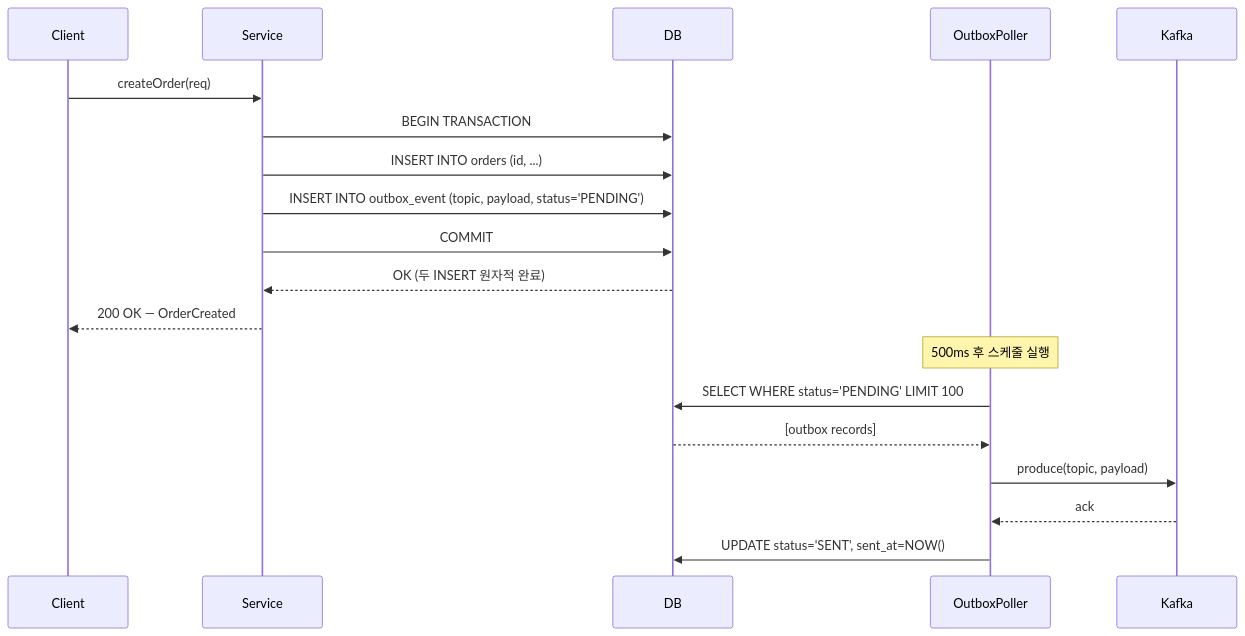
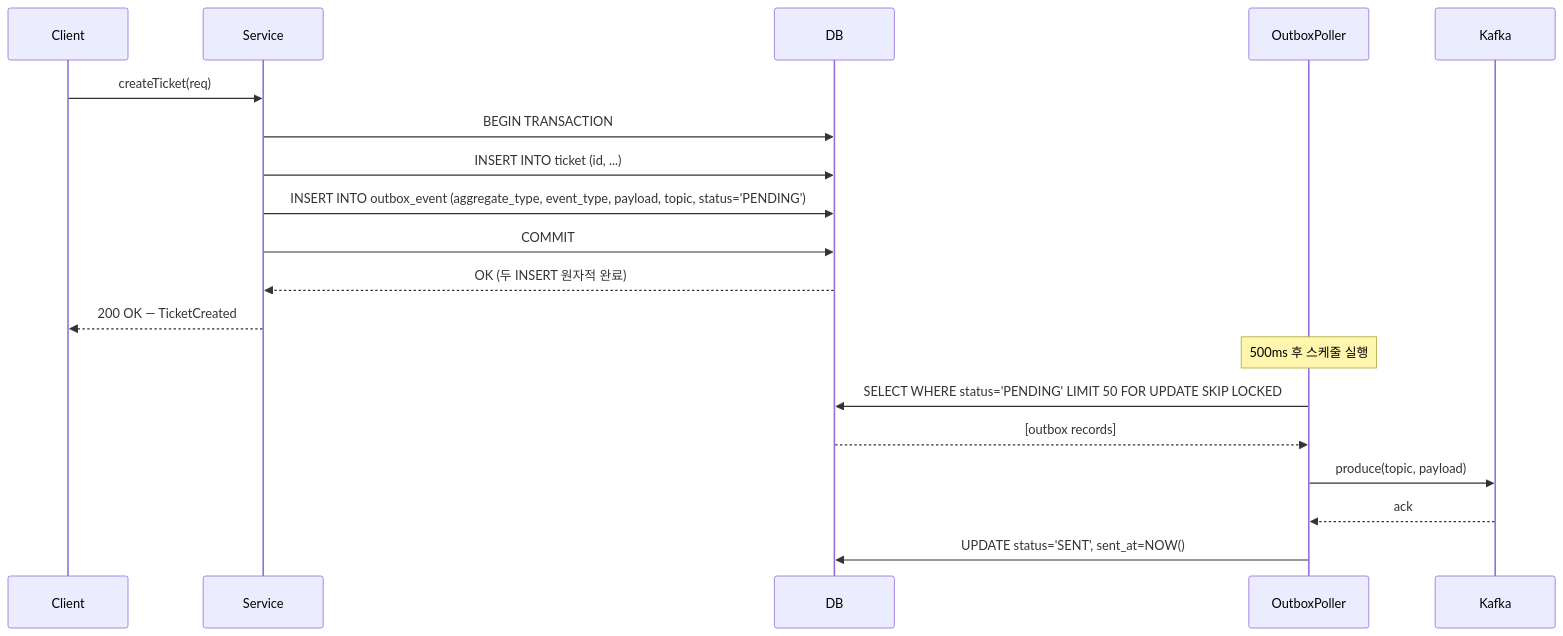
Before and after one commit to scofe97/Redpanda-PlayGround: the diagram in docs/patterns/03-transactional-outbox.md, drawn with Mermaid. The commit also changed other lines of this file and 24 other files, not shown here.

````diff
--- a/docs/patterns/03-transactional-outbox.md
+++ b/docs/patterns/03-transactional-outbox.md
@@ -99,23 +320,23 @@
 ```mermaid
 sequenceDiagram
     participant Client
     participant Service
     participant DB
     participant Poller as OutboxPoller
     participant Kafka
 
-    Client->>Service: createOrder(req)
+    Client->>Service: createTicket(req)
     Service->>DB: BEGIN TRANSACTION
-    Service->>DB: INSERT INTO orders (id, ...)
-    Service->>DB: INSERT INTO outbox_event (topic, payload, status='PENDING')
+    Service->>DB: INSERT INTO ticket (id, ...)
+    Service->>DB: INSERT INTO outbox_event (aggregate_type, event_type, payload, topic, status='PENDING')
     Service->>DB: COMMIT
     DB-->>Service: OK (두 INSERT 원자적 완료)
-    Service-->>Client: 200 OK — OrderCreated
+    Service-->>Client: 200 OK — TicketCreated
 
     Note over Poller: 500ms 후 스케줄 실행
-    Poller->>DB: SELECT WHERE status='PENDING' LIMIT 100
+    Poller->>DB: SELECT WHERE status='PENDING' LIMIT 50 FOR UPDATE SKIP LOCKED
     DB-->>Poller: [outbox records]
     Poller->>Kafka: produce(topic, payload)
     Kafka-->>Poller: ack
     Poller->>DB: UPDATE status='SENT', sent_at=NOW()
 ```
````
